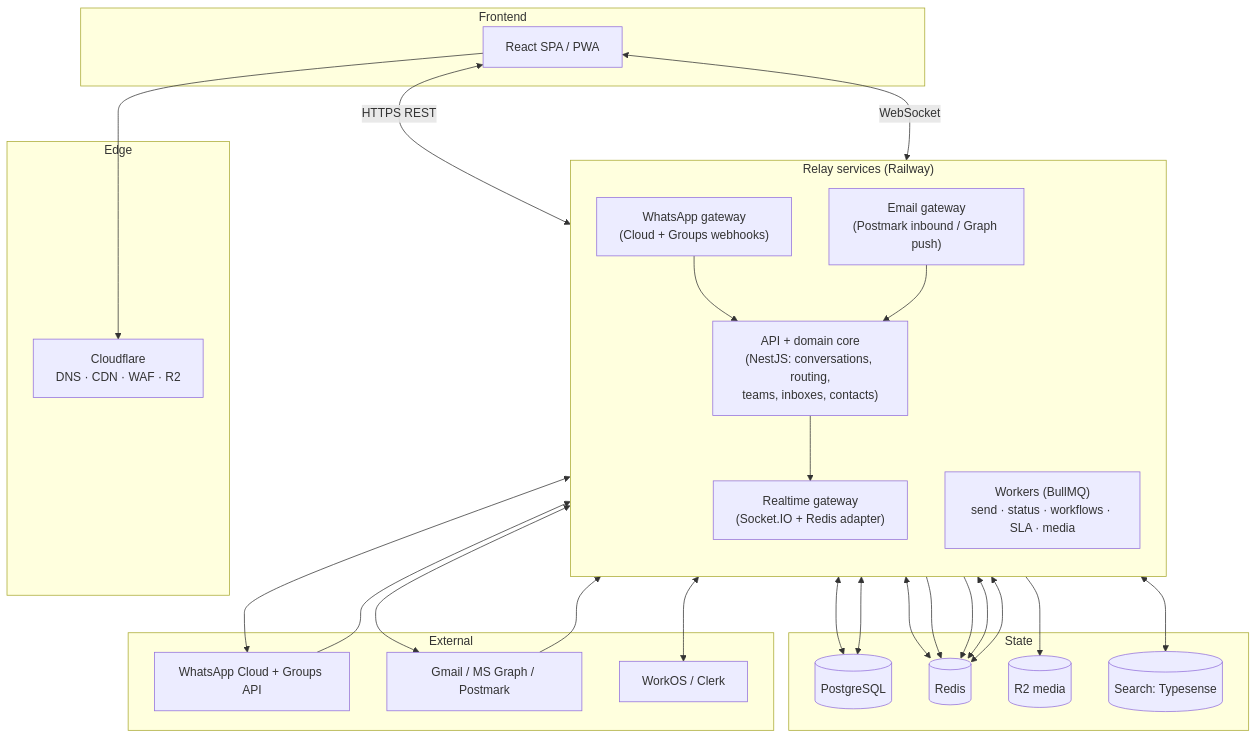
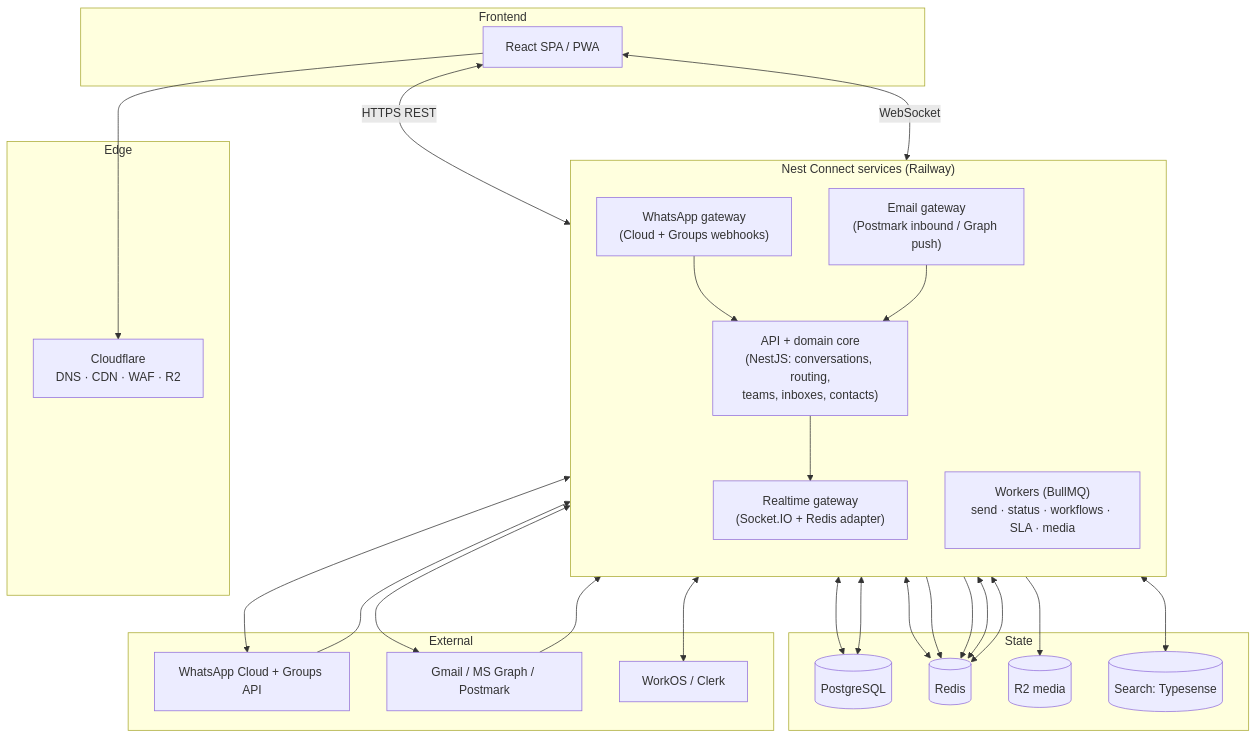
One commit to Nathan-swiftee/NestConnect changed the first of 4 diagrams in docs/02-architecture.md. Above: the diagram before and after it, drawn with Mermaid. The commit also changed 14 other files, not shown here.

First line of the commit message:
Rebrand platform to "Nest Connect"

````diff
--- a/docs/02-architecture.md
+++ b/docs/02-architecture.md
@@ -77,52 +77,52 @@
 ```mermaid
 flowchart TB
     subgraph Edge["Edge"]
       CF["Cloudflare<br/>DNS · CDN · WAF · R2"]
     end
 
     subgraph Web["Frontend"]
       SPA["React SPA / PWA"]
     end
 
-    subgraph Core["Relay services (Railway)"]
+    subgraph Core["Nest Connect services (Railway)"]
       direction TB
       API["API + domain core<br/>(NestJS: conversations, routing,<br/>teams, inboxes, contacts)"]
       RT["Realtime gateway<br/>(Socket.IO + Redis adapter)"]
       GWWA["WhatsApp gateway<br/>(Cloud + Groups webhooks)"]
       GWEM["Email gateway<br/>(Postmark inbound / Graph push)"]
       WORK["Workers (BullMQ)<br/>send · status · workflows · SLA · media"]
     end
 
     subgraph State["State"]
       PG[("PostgreSQL")]
       RE[("Redis")]
       R2[("R2 media")]
       SR[("Search: Typesense")]
     end
 
     subgraph Ext["External"]
       META["WhatsApp Cloud + Groups API"]
       MAIL["Gmail / MS Graph / Postmark"]
       AUTH["WorkOS / Clerk"]
     end
 
     SPA <-->|HTTPS REST| API
     SPA <-->|WebSocket| RT
     SPA --> CF
     API <--> PG
     API <--> RE
     API --> R2
     API <--> SR
     API --> RT
     API <--> AUTH
 
     META --> GWWA --> RE
     MAIL --> GWEM --> RE
     GWWA --> API
     GWEM --> API
     WORK <--> RE
     WORK <--> META
     WORK <--> MAIL
     WORK <--> PG
     RT <--> RE
 ```
````
